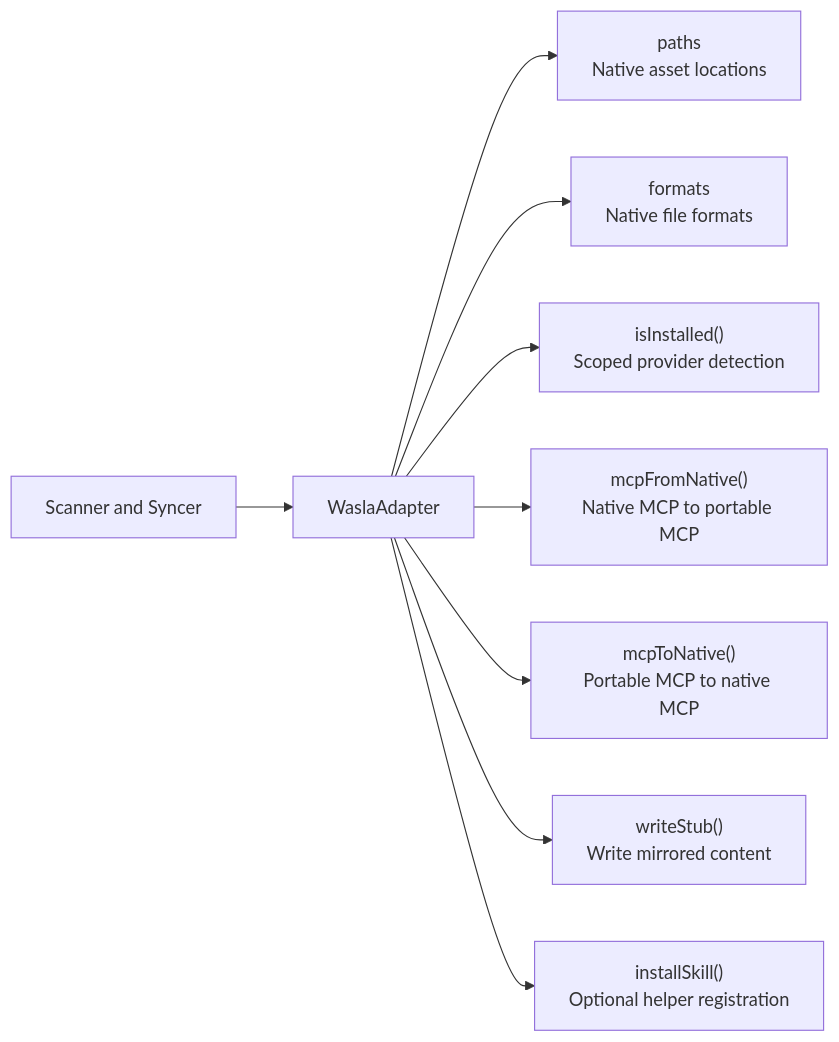
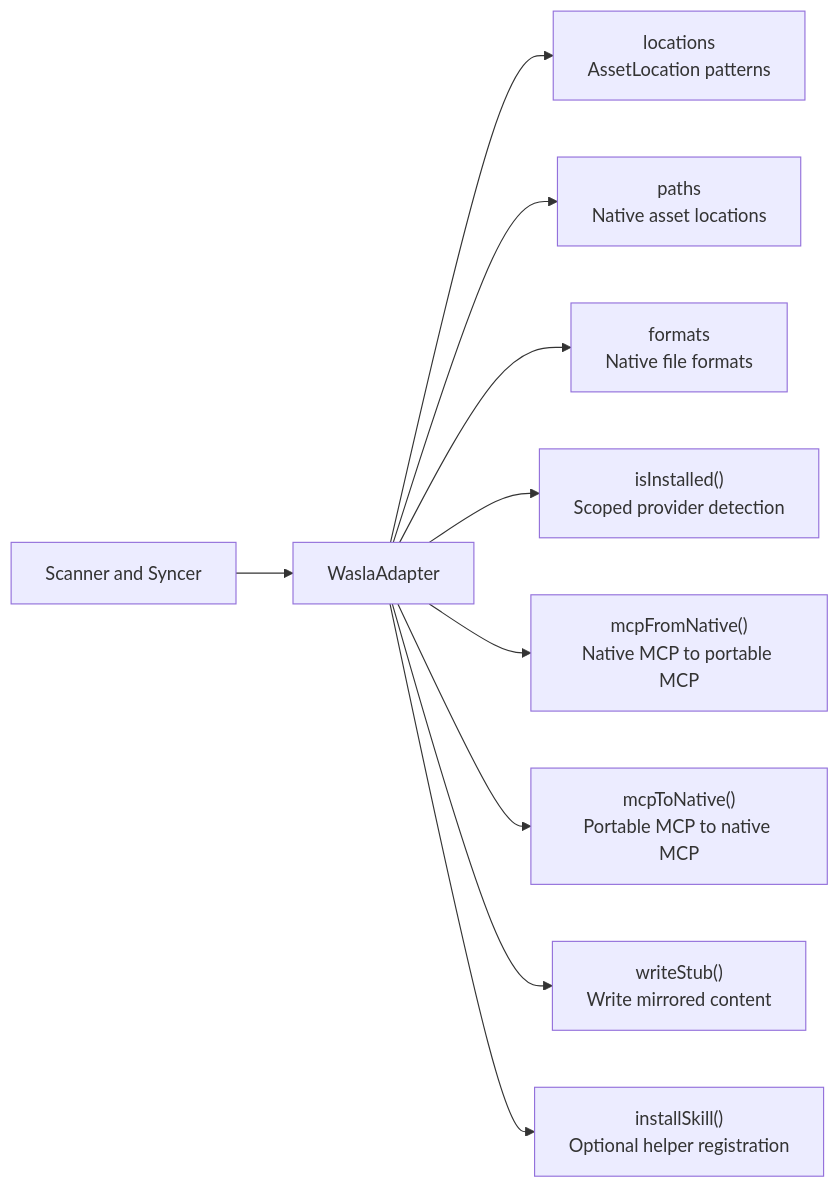
The diagram in apps/docs/docs/architecture/adapters.md (The-Untitled-Org/wasla), drawn with Mermaid before and after one commit. The commit also changed other lines of this file and 4 other files, not shown here.

Commit message:
docs: update terminology from stubs to mirroring and document new adapter location patterns

````diff
--- a/apps/docs/docs/architecture/adapters.md
+++ b/apps/docs/docs/architecture/adapters.md
@@ -11,21 +11,23 @@
 ```mermaid
 flowchart LR
     Core["Scanner and Syncer"]
     Adapter["WaslaAdapter"]
+    Locations["locations<br/>AssetLocation patterns"]
     Paths["paths<br/>Native asset locations"]
     Formats["formats<br/>Native file formats"]
     Detect["isInstalled()<br/>Scoped provider detection"]
     Import["mcpFromNative()<br/>Native MCP to portable MCP"]
     Export["mcpToNative()<br/>Portable MCP to native MCP"]
     Write["writeStub()<br/>Write mirrored content"]
     Install["installSkill()<br/>Optional helper registration"]
 
     Core --> Adapter
+    Adapter --> Locations
     Adapter --> Paths
     Adapter --> Formats
     Adapter --> Detect
     Adapter --> Import
     Adapter --> Export
     Adapter --> Write
     Adapter --> Install
 ```
````
